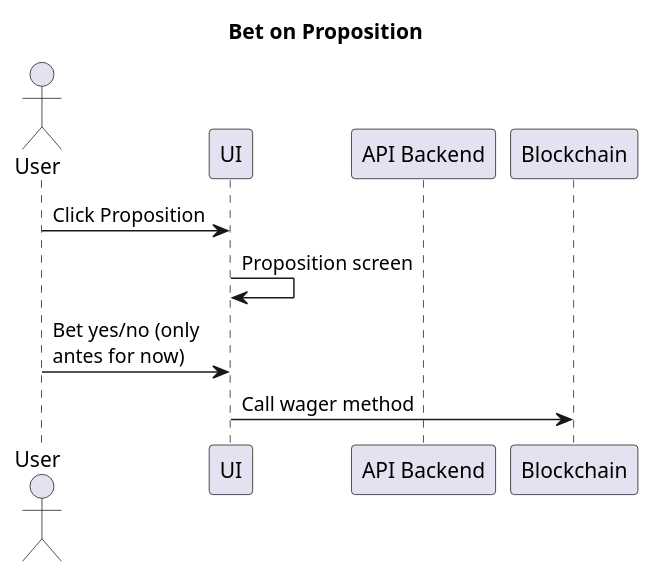
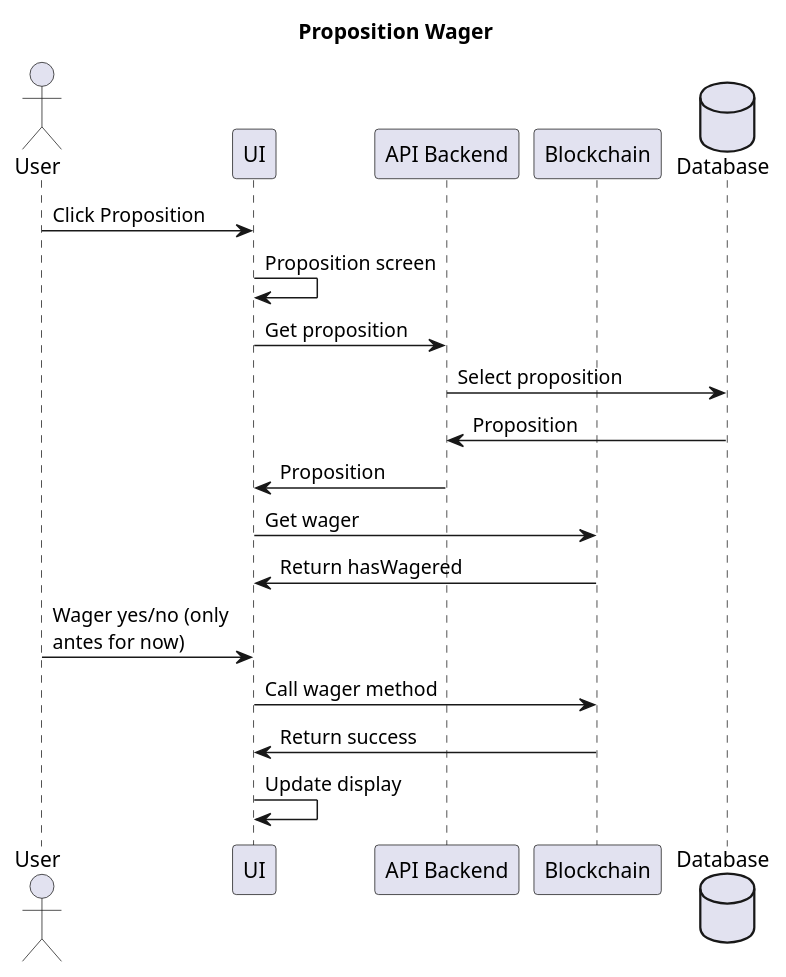
Before and after one commit to adhurjaty/prediction-app: the diagram in Diagrams/UserStories/bet_on_proposition.puml, drawn with PlantUML. The commit also changed 8 other files, not shown here.

Commit message:
updates diagrams

```diff
--- a/Diagrams/UserStories/bet_on_proposition.puml
+++ b/Diagrams/UserStories/bet_on_proposition.puml
@@ -1,15 +1,24 @@
 @startuml Bet on Proposition
 
-title Bet on Proposition
+title Proposition Wager
 
 actor User as user
 participant UI as ui
 participant "API Backend" as api
 participant Blockchain as bc
+database Database as db
 
 user -> ui : Click Proposition
 ui -> ui : Proposition screen
-user -> ui : Bet yes/no (only\nantes for now)
+ui -> api : Get proposition
+api -> db : Select proposition
+db -> api : Proposition
+api -> ui : Proposition
+ui -> bc : Get wager 
+bc -> ui : Return hasWagered
+user -> ui : Wager yes/no (only\nantes for now)
 ui -> bc : Call wager method
+bc -> ui : Return success
+ui -> ui : Update display
 
 @enduml
```
